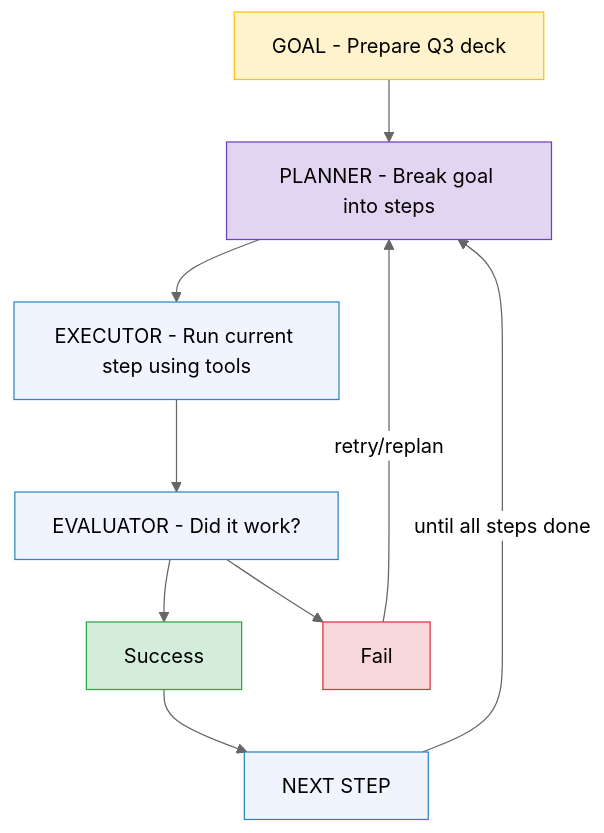
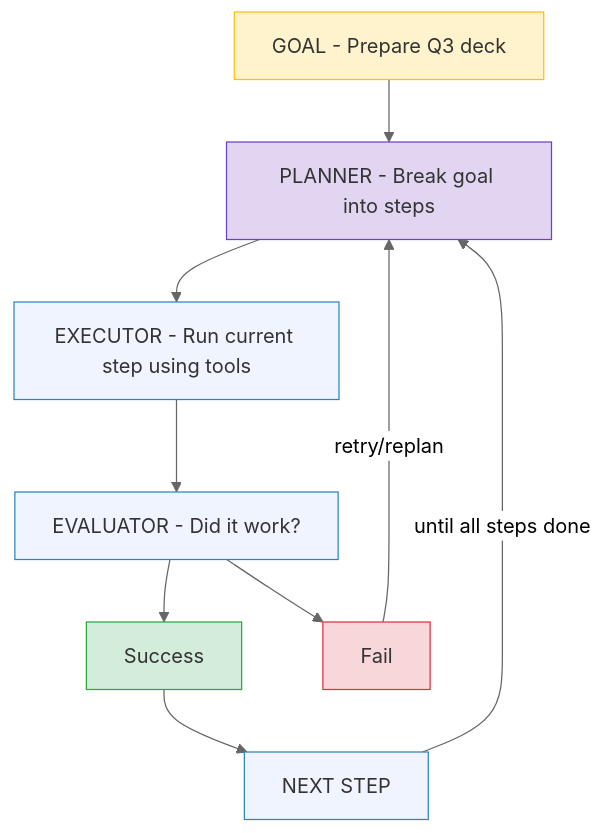
One commit to ithinktavo/GenAI-Engineering-Handbook changed the first of 7 diagrams in docs/07-agentic-ai.md. Above: the diagram before and after it, drawn with Mermaid (neutral theme). The commit also changed other lines of this file and 9 other files, not shown here.

Commit message:
Fix Mermaid diagram text contrast: add color:#333 for readable dark text on colored backgrounds

````diff
--- a/docs/07-agentic-ai.md
+++ b/docs/07-agentic-ai.md
@@ -63,27 +63,27 @@
 ```mermaid
 graph TD
     Goal["GOAL - Prepare Q3 deck"]
     Planner["PLANNER - Break goal into steps"]
     Executor["EXECUTOR - Run current step using tools"]
     Evaluator["EVALUATOR - Did it work?"]
     Success["Success"]
     Fail["Fail"]
     NextStep["NEXT STEP"]
 
     Goal --> Planner
     Planner --> Executor
     Executor --> Evaluator
     Evaluator --> Success
     Evaluator --> Fail
     Fail -- "retry/replan" --> Planner
     Success --> NextStep
     NextStep -- "until all steps done" --> Planner
 
-    style Goal fill:#fff3cd,stroke:#ffc107
-    style Planner fill:#e2d5f1,stroke:#6f42c1
-    style Executor fill:#f0f4ff,stroke:#2E86C1
-    style Evaluator fill:#f0f4ff,stroke:#2E86C1
-    style Success fill:#d4edda,stroke:#28a745
-    style Fail fill:#f8d7da,stroke:#dc3545
-    style NextStep fill:#f0f4ff,stroke:#2E86C1
+    style Goal fill:#fff3cd,stroke:#ffc107,color:#333
+    style Planner fill:#e2d5f1,stroke:#6f42c1,color:#333
+    style Executor fill:#f0f4ff,stroke:#2E86C1,color:#333
+    style Evaluator fill:#f0f4ff,stroke:#2E86C1,color:#333
+    style Success fill:#d4edda,stroke:#28a745,color:#333
+    style Fail fill:#f8d7da,stroke:#dc3545,color:#333
+    style NextStep fill:#f0f4ff,stroke:#2E86C1,color:#333
 ```
````
